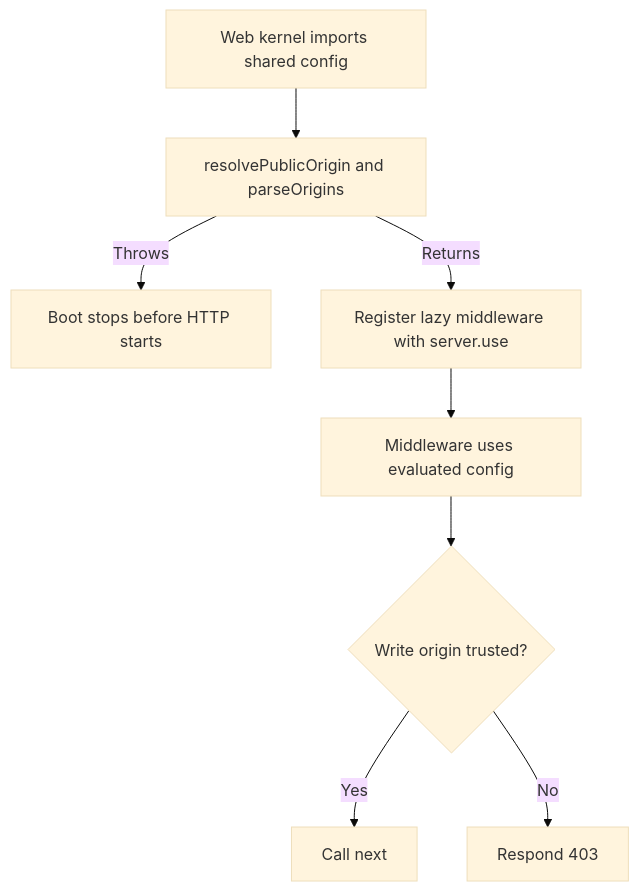
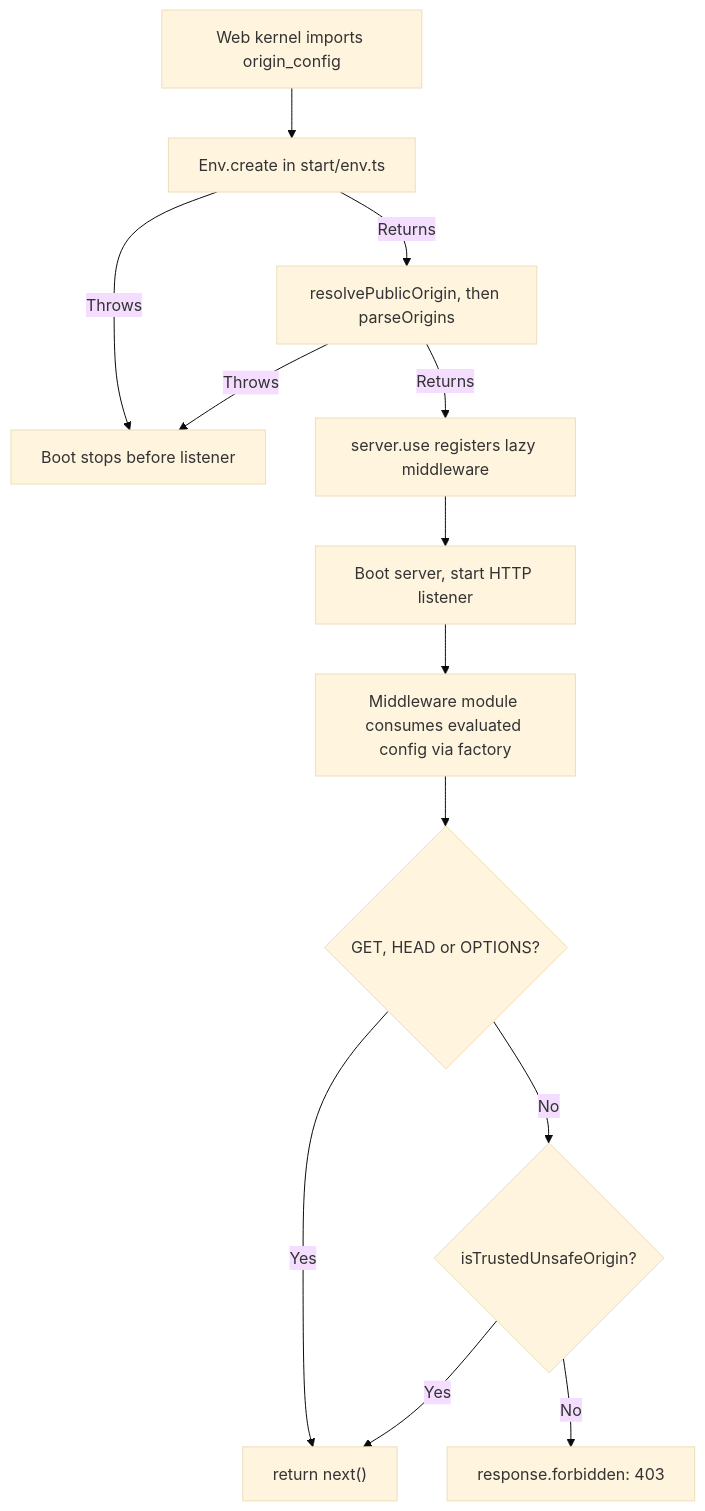
The second of 2 diagrams in user-stories/US-ORIGIN-05-install-and-start.md (Kevinjohn/oss-adonisjs-origin-guard), drawn with Mermaid (base theme) before and after one commit. The commit also changed other lines of this file and 5 other files, not shown here.

Commit message:
docs: verify user story paths and Mermaid flows against implementation

````diff
--- a/user-stories/US-ORIGIN-05-install-and-start.md
+++ b/user-stories/US-ORIGIN-05-install-and-start.md
@@ -32,10 +38,15 @@
 ```mermaid
 flowchart TD
-    A["Web kernel imports shared config"] --> B["resolvePublicOrigin and parseOrigins"]
-    B -->|Throws| C["Boot stops before HTTP starts"]
-    B -->|Returns| D["Register lazy middleware with server.use"]
-    D --> E["Middleware uses evaluated config"]
-    E --> F{"Write origin trusted?"}
-    F -->|Yes| G["Call next"]
-    F -->|No| H["Respond 403"]
+    A["Web kernel imports origin_config"] --> V["Env.create in start/env.ts"]
+    V -->|Throws| C["Boot stops before listener"]
+    V -->|Returns| B["resolvePublicOrigin, then parseOrigins"]
+    B -->|Throws| C
+    B -->|Returns| D["server.use registers lazy middleware"]
+    D --> L["Boot server, start HTTP listener"]
+    L --> E["Middleware module consumes evaluated config via factory"]
+    E --> M{"GET, HEAD or OPTIONS?"}
+    M -->|Yes| G["return next()"]
+    M -->|No| F{"isTrustedUnsafeOrigin?"}
+    F -->|Yes| G
+    F -->|No| H["response.forbidden: 403"]
 ```
````
